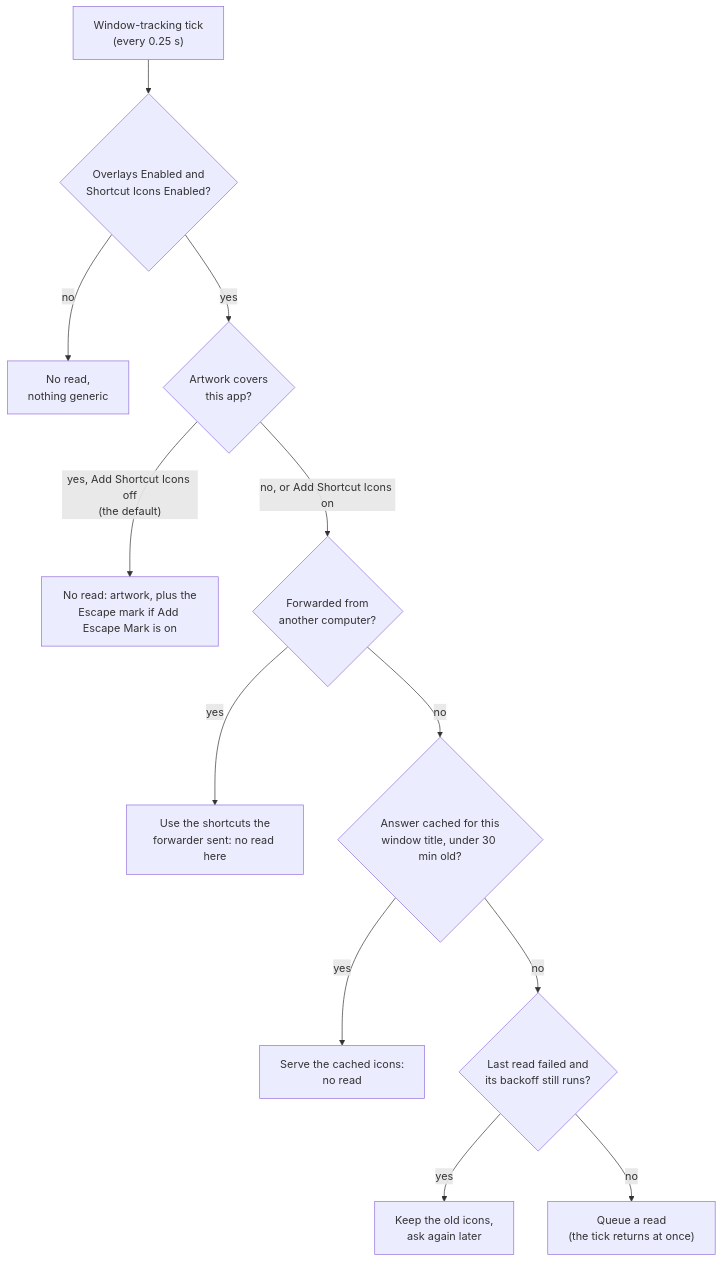
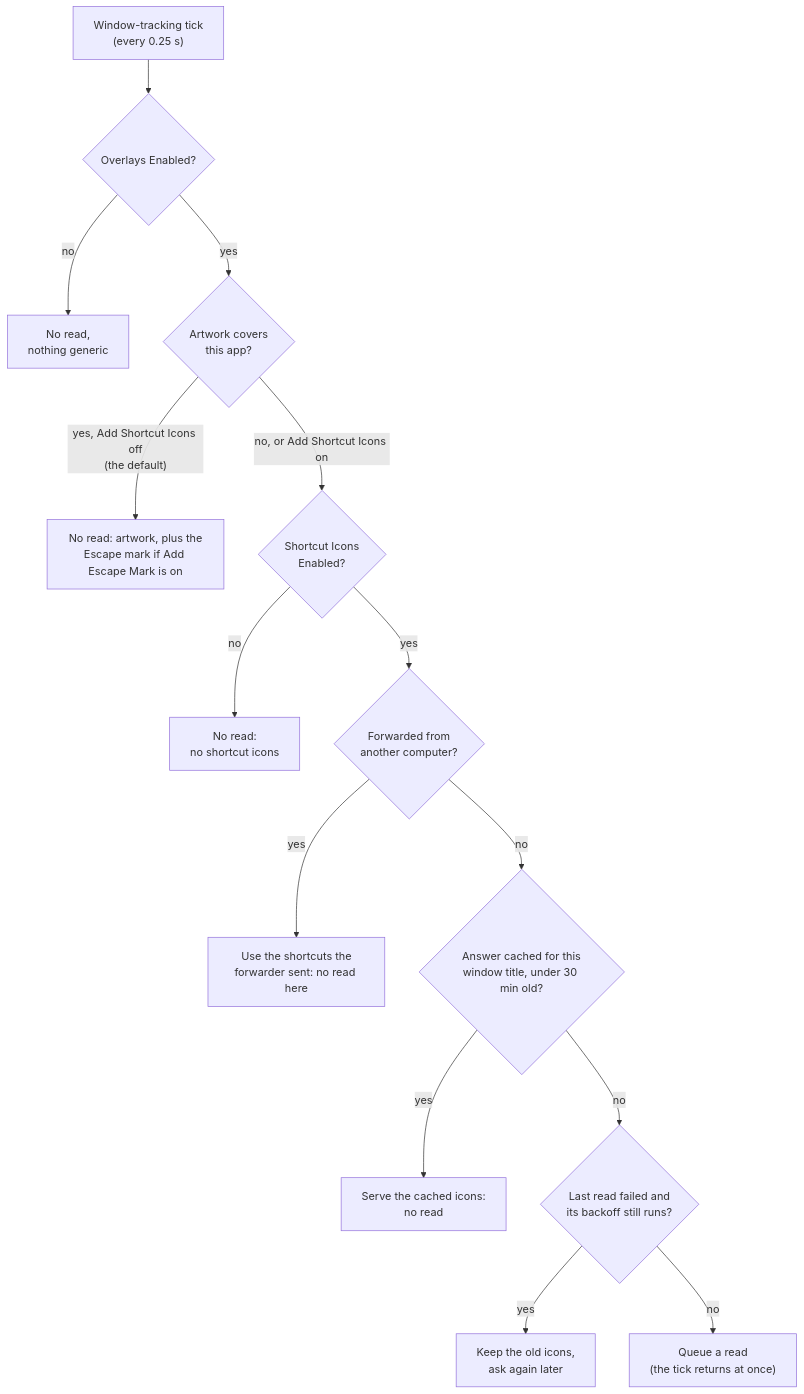
Before and after one commit to thpoll83/polykybd-docs: the fourth of 7 diagrams in src/content/docs/development/system-model.mdx, drawn with Mermaid. The commit also changed 1 other file, not shown here.

Commit message:
Shortcut Icons Enabled does not remove the Escape mark on an app with artwork
Only Overlays Enabled switches everything off. The flowchart now checks
Shortcut Icons Enabled only on the read path.

Claude-Session: https://claude.ai/code/session_01GjRQTBw5NoRCkfucUwbQUo

````diff
--- a/src/content/docs/development/system-model.mdx
+++ b/src/content/docs/development/system-model.mdx
@@ -220,14 +220,16 @@
 ```mermaid
 flowchart TD
-  T["Window-tracking tick<br/>(every 0.25 s)"] --> E{"Overlays Enabled and<br/>Shortcut Icons Enabled?"}
+  T["Window-tracking tick<br/>(every 0.25 s)"] --> E{"Overlays Enabled?"}
   E -- no --> X["No read,<br/>nothing generic"]
   E -- yes --> A{"Artwork covers<br/>this app?"}
   A -- "yes, Add Shortcut Icons off<br/>(the default)" --> N["No read: artwork, plus the<br/>Escape mark if Add Escape Mark is on"]
-  A -- "no, or Add Shortcut Icons on" --> F{"Forwarded from<br/>another computer?"}
+  A -- "no, or Add Shortcut Icons on" --> I{"Shortcut Icons<br/>Enabled?"}
+  I -- no --> Y["No read:<br/>no shortcut icons"]
+  I -- yes --> F{"Forwarded from<br/>another computer?"}
   F -- yes --> R["Use the shortcuts the<br/>forwarder sent: no read here"]
   F -- no --> C{"Answer cached for this<br/>window title, under 30 min old?"}
   C -- yes --> S["Serve the cached icons:<br/>no read"]
   C -- no --> B{"Last read failed and<br/>its backoff still runs?"}
   B -- yes --> W["Keep the old icons,<br/>ask again later"]
   B -- no --> Q["Queue a read<br/>(the tick returns at once)"]
 ```
````
